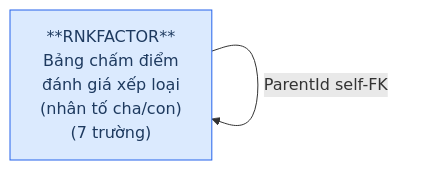
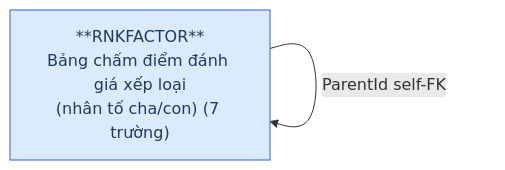
One commit to linhlvit/ubck_atomic_design changed diagram 13 of 16 in Silver/hld/FMS_HLD_Tier2.md. Above: the diagram before and after it, drawn with Mermaid. The commit also changed other lines of this file and 1 other file, not shown here.

````diff
--- a/Silver/hld/FMS_HLD_Tier2.md
+++ b/Silver/hld/FMS_HLD_Tier2.md
@@ -328,7 +312,7 @@
 ```mermaid
 graph LR
     classDef src fill:#dbeafe,stroke:#2563eb,color:#1e3a5f
 
-    RNKFACTOR["**RNKFACTOR**\nBảng chấm điểm\nđánh giá xếp loại\n(nhân tố cha/con)\n(7 trường)"]:::src
+    RNKFACTOR["**RNKFACTOR**\nBảng chấm điểm đánh giá xếp loại\n(nhân tố cha/con) (7 trường)"]:::src
     RNKFACTOR -->|ParentId self-FK| RNKFACTOR
 ```
````
